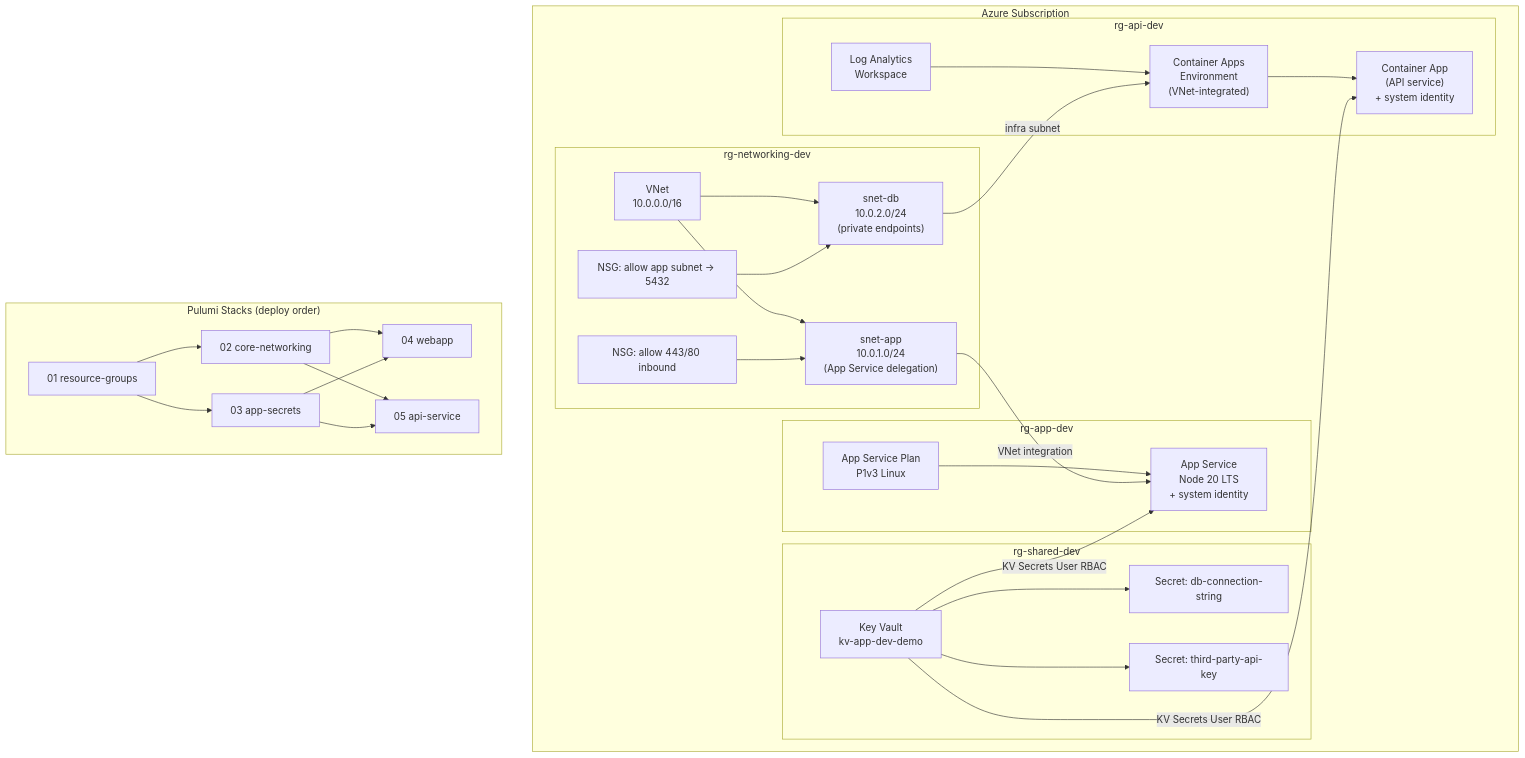
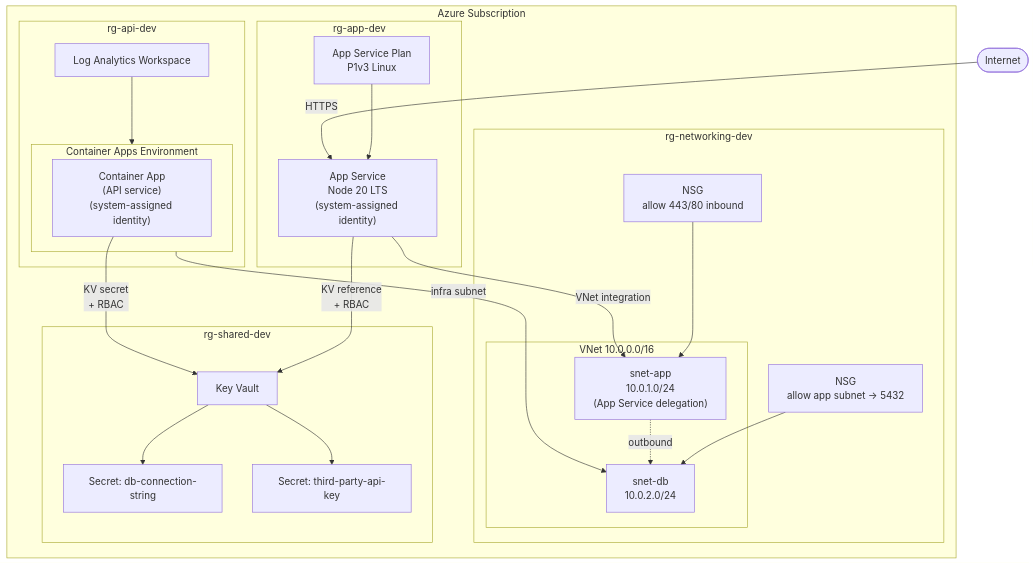
One commit to pulumi-csa/context-api-example changed the diagram in architecture.md. Above: the diagram before and after it, drawn with Mermaid.

````diff
--- a/architecture.md
+++ b/architecture.md
@@ -1,59 +1,48 @@
 ```mermaid
 graph TD
+    Internet(["Internet"])
+
     subgraph Azure["Azure Subscription"]
         subgraph RG_Net["rg-networking-dev"]
-            VNet["VNet\n10.0.0.0/16"]
-            AppSubnet["snet-app\n10.0.1.0/24\n(App Service delegation)"]
-            DbSubnet["snet-db\n10.0.2.0/24\n(private endpoints)"]
-            AppNSG["NSG: allow 443/80 inbound"]
-            DbNSG["NSG: allow app subnet → 5432"]
-            VNet --> AppSubnet
-            VNet --> DbSubnet
+            AppNSG["NSG\nallow 443/80 inbound"]
+            DbNSG["NSG\nallow app subnet → 5432"]
+
+            subgraph VNet["VNet 10.0.0.0/16"]
+                AppSubnet["snet-app\n10.0.1.0/24\n(App Service delegation)"]
+                DbSubnet["snet-db\n10.0.2.0/24"]
+            end
+
             AppNSG --> AppSubnet
             DbNSG --> DbSubnet
         end
 
         subgraph RG_Shared["rg-shared-dev"]
-            KV["Key Vault\nkv-app-dev-demo"]
+            KV["Key Vault"]
             SecretDB["Secret: db-connection-string"]
             SecretAPI["Secret: third-party-api-key"]
             KV --> SecretDB
             KV --> SecretAPI
         end
 
         subgraph RG_App["rg-app-dev"]
             ASP["App Service Plan\nP1v3 Linux"]
-            WebApp["App Service\nNode 20 LTS\n+ system identity"]
+            WebApp["App Service\nNode 20 LTS\n(system-assigned identity)"]
             ASP --> WebApp
         end
 
         subgraph RG_API["rg-api-dev"]
-            LogWS["Log Analytics\nWorkspace"]
-            CAE["Container Apps\nEnvironment\n(VNet-integrated)"]
-            CA["Container App\n(API service)\n+ system identity"]
+            LogWS["Log Analytics Workspace"]
+            subgraph CAE["Container Apps Environment"]
+                CA["Container App\n(API service)\n(system-assigned identity)"]
+            end
             LogWS --> CAE
-            CAE --> CA
         end
     end
 
-    %% Stack reference edges (cross-stack dependencies)
-    AppSubnet -->|VNet integration| WebApp
-    DbSubnet -->|infra subnet| CAE
-    KV -->|KV Secrets User RBAC| WebApp
-    KV -->|KV Secrets User RBAC| CA
-
-    %% Pulumi stacks legend
-    subgraph Stacks["Pulumi Stacks (deploy order)"]
-        S1["01 resource-groups"]
-        S2["02 core-networking"]
-        S3["03 app-secrets"]
-        S4["04 webapp"]
-        S5["05 api-service"]
-        S1 --> S2
-        S1 --> S3
-        S2 --> S4
-        S3 --> S4
-        S2 --> S5
-        S3 --> S5
-    end
+    Internet -->|HTTPS| WebApp
+    WebApp -->|VNet integration| AppSubnet
+    AppSubnet -.->|outbound| DbSubnet
+    CAE -->|infra subnet| DbSubnet
+    WebApp -->|KV reference\n+ RBAC| KV
+    CA -->|KV secret\n+ RBAC| KV
 ```
````
